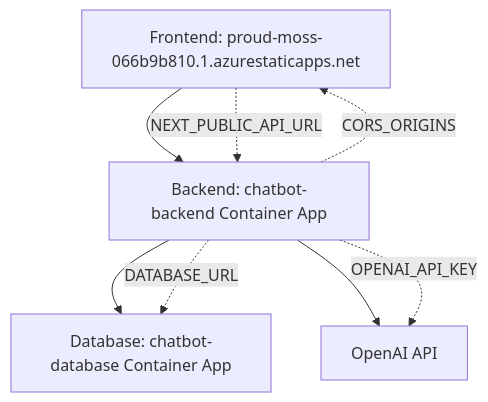
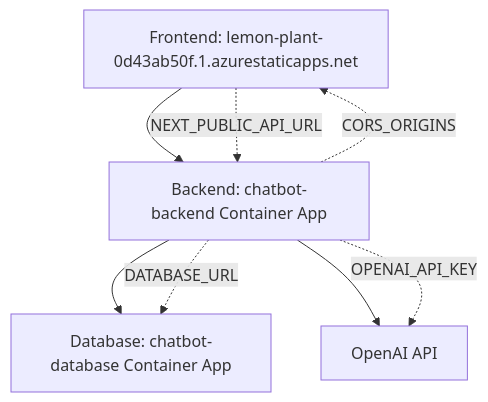
Before and after one commit to kmdiallo69/ai-chatbot-portfolio: the diagram in DEPLOYMENT-CONFIG.md, drawn with Mermaid. The commit also changed other lines of this file and 2 other files, not shown here.

````diff
--- a/DEPLOYMENT-CONFIG.md
+++ b/DEPLOYMENT-CONFIG.md
@@ -118,11 +118,11 @@
 ```mermaid
 graph TD
-    A[Frontend: proud-moss-066b9b810.1.azurestaticapps.net] --> B[Backend: chatbot-backend Container App]
+    A[Frontend: lemon-plant-0d43ab50f.1.azurestaticapps.net] --> B[Backend: chatbot-backend Container App]
     B --> C[Database: chatbot-database Container App]
     B --> D[OpenAI API]
     
     A -.->|NEXT_PUBLIC_API_URL| B
     B -.->|DATABASE_URL| C
     B -.->|OPENAI_API_KEY| D
     B -.->|CORS_ORIGINS| A
 ```
````
